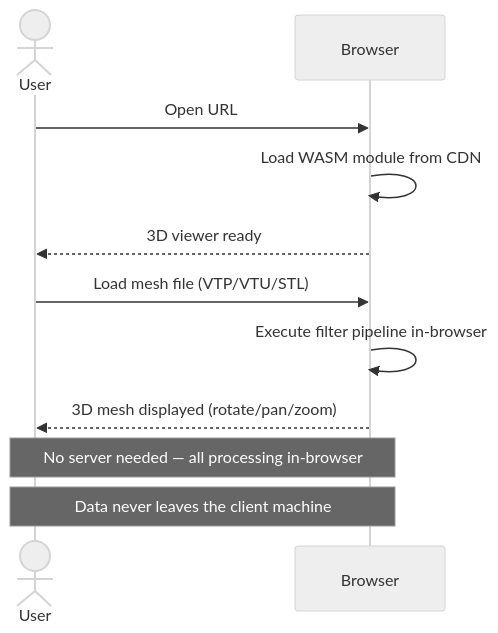
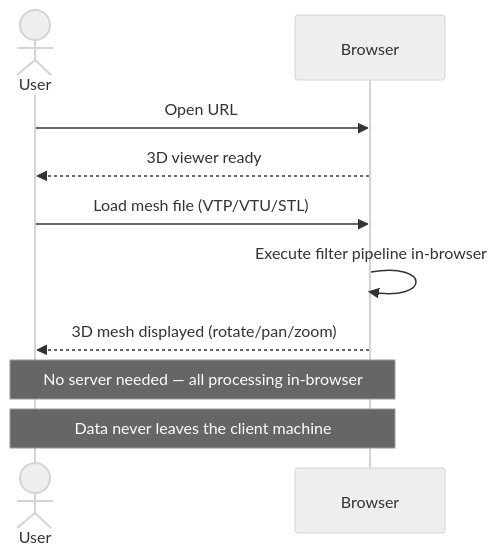
One commit to tkoyama010/pyvista-wasm changed the first of 4 diagrams in slides/slides.md. Above: the diagram before and after it, drawn with Mermaid (neutral theme).

Commit message:
docs: remove CDN load step from sequence diagram

````diff
--- a/slides/slides.md
+++ b/slides/slides.md
@@ -230,16 +230,15 @@
 ```mermaid {scale: 0.65}
 sequenceDiagram
     actor U as User
     participant B as Browser
 
     U->>B: Open URL
-    B->>B: Load WASM module from CDN
     B-->>U: 3D viewer ready
 
     U->>B: Load mesh file (VTP/VTU/STL)
     B->>B: Execute filter pipeline in-browser
     B-->>U: 3D mesh displayed (rotate/pan/zoom)
 
     Note over U,B: No server needed — all processing in-browser
     Note over U,B: Data never leaves the client machine
 ```
````
